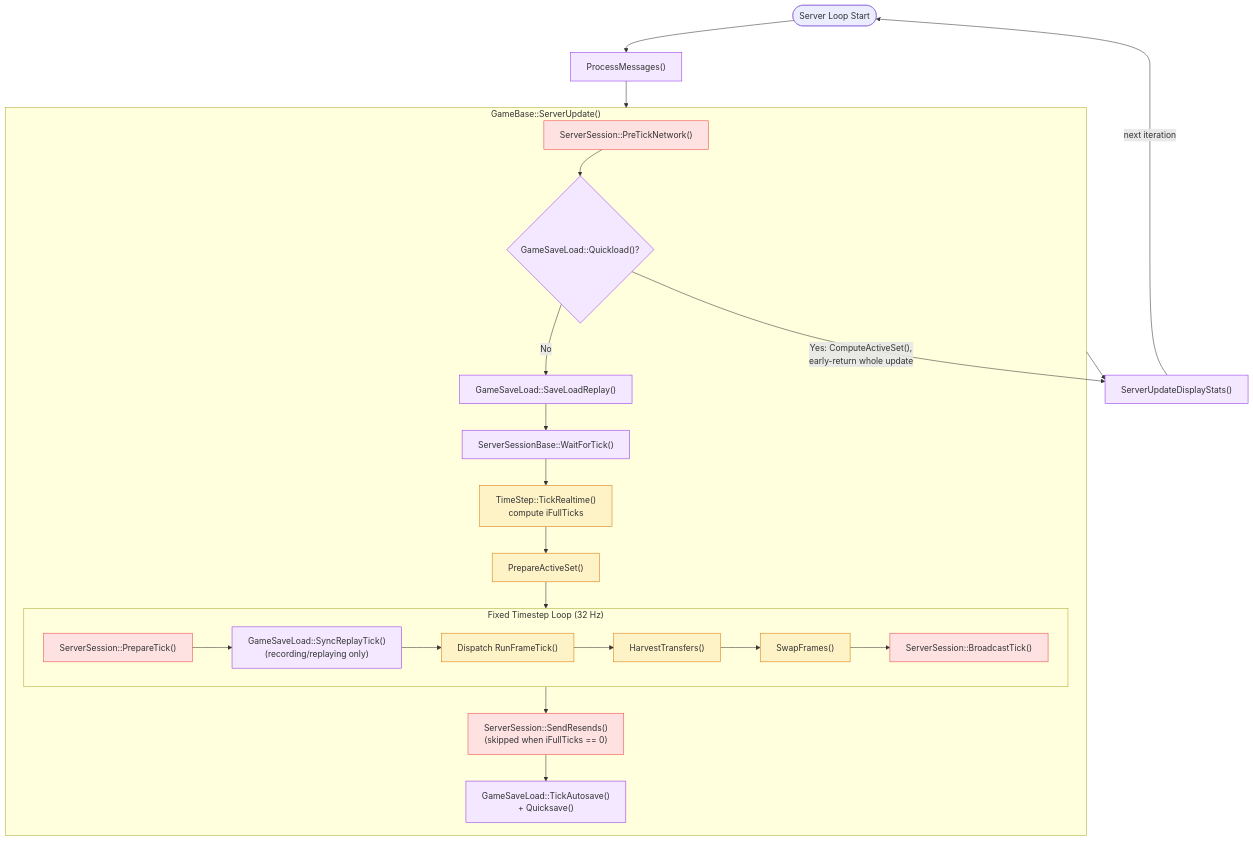
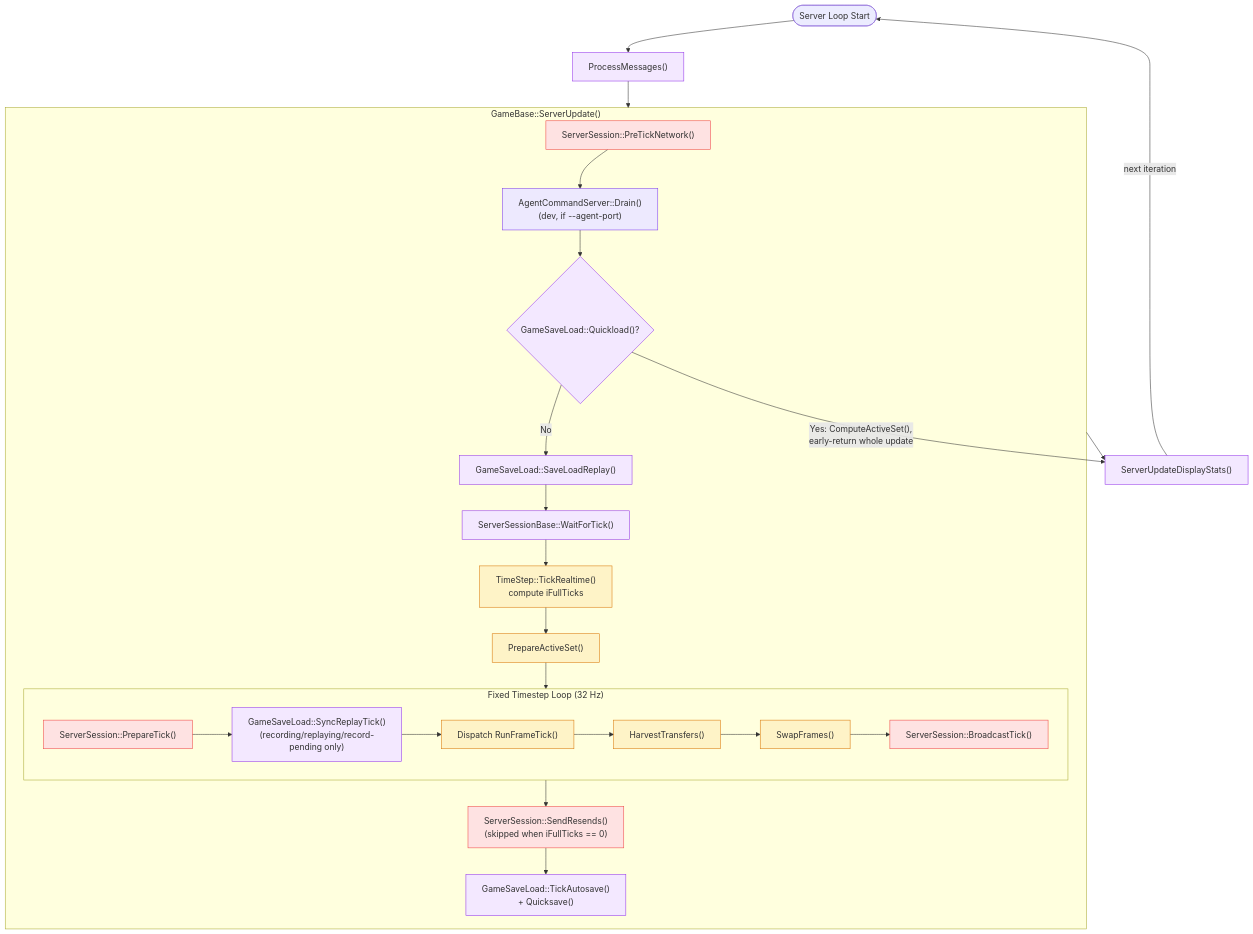
Before and after one commit to DougTanner/BrokenEnginePublic: the third of 5 diagrams in Documents/Architecture/FrameUpdatePipeline.md, drawn with Mermaid. The commit also changed other lines of this file and 164 other files, not shown here.

````diff
--- a/Documents/Architecture/FrameUpdatePipeline.md
+++ b/Documents/Architecture/FrameUpdatePipeline.md
@@ -102,47 +105,49 @@
 ```mermaid
 %%{init: {'theme': 'default'}}%%
 flowchart TD
     classDef physics fill:#fef3c7,stroke:#d97706
     classDef network fill:#fee2e2,stroke:#ef4444
     classDef server fill:#f3e8ff,stroke:#9333ea
+    classDef agent fill:#ede9fe,stroke:#7c3aed
 
     start(["Server Loop Start"])
 
     msgs["ProcessMessages()"]:::server
 
     subgraph tick_frames ["GameBase::ServerUpdate()"]
         pre_tick["ServerSession::PreTickNetwork()"]:::network
+        agent_drain["AgentCommandServer::Drain()<br/>(dev, if --agent-port)"]:::agent
 
         quickload{"GameSaveLoad::Quickload()?"}:::server
         save_load_replay["GameSaveLoad::SaveLoadReplay()"]:::server
 
         wait_tick["ServerSessionBase::WaitForTick()"]:::server
 
         ts["TimeStep::TickRealtime()<br/>compute iFullTicks"]:::physics
         prepare_active["PrepareActiveSet()"]:::physics
 
         subgraph physics_loop ["Fixed Timestep Loop (32 Hz)"]
             prepare_tick["ServerSession::PrepareTick()"]:::network
-            sync_replay["GameSaveLoad::SyncReplayTick()<br/>(recording/replaying only)"]:::server
+            sync_replay["GameSaveLoad::SyncReplayTick()<br/>(recording/replaying/record-pending only)"]:::server
             dispatch_s["Dispatch RunFrameTick()"]:::physics
             harvest["HarvestTransfers()"]:::physics
             frame_swap["SwapFrames()"]:::physics
             broadcast_tick["ServerSession::BroadcastTick()"]:::network
             prepare_tick --> sync_replay --> dispatch_s --> harvest --> frame_swap
             frame_swap --> broadcast_tick
         end
 
         resends["ServerSession::SendResends()<br/>(skipped when iFullTicks == 0)"]:::network
         autosave["GameSaveLoad::TickAutosave()<br/>+ Quicksave()"]:::server
 
-        pre_tick --> quickload
+        pre_tick --> agent_drain --> quickload
         quickload -->|No| save_load_replay --> wait_tick --> ts --> prepare_active --> physics_loop
         physics_loop --> resends --> autosave
     end
 
     display["ServerUpdateDisplayStats()"]:::server
 
     start --> msgs --> tick_frames --> display
     quickload -->|"Yes: ComputeActiveSet(),<br/>early-return whole update"| display
     display -->|next iteration| start
 ```
````
